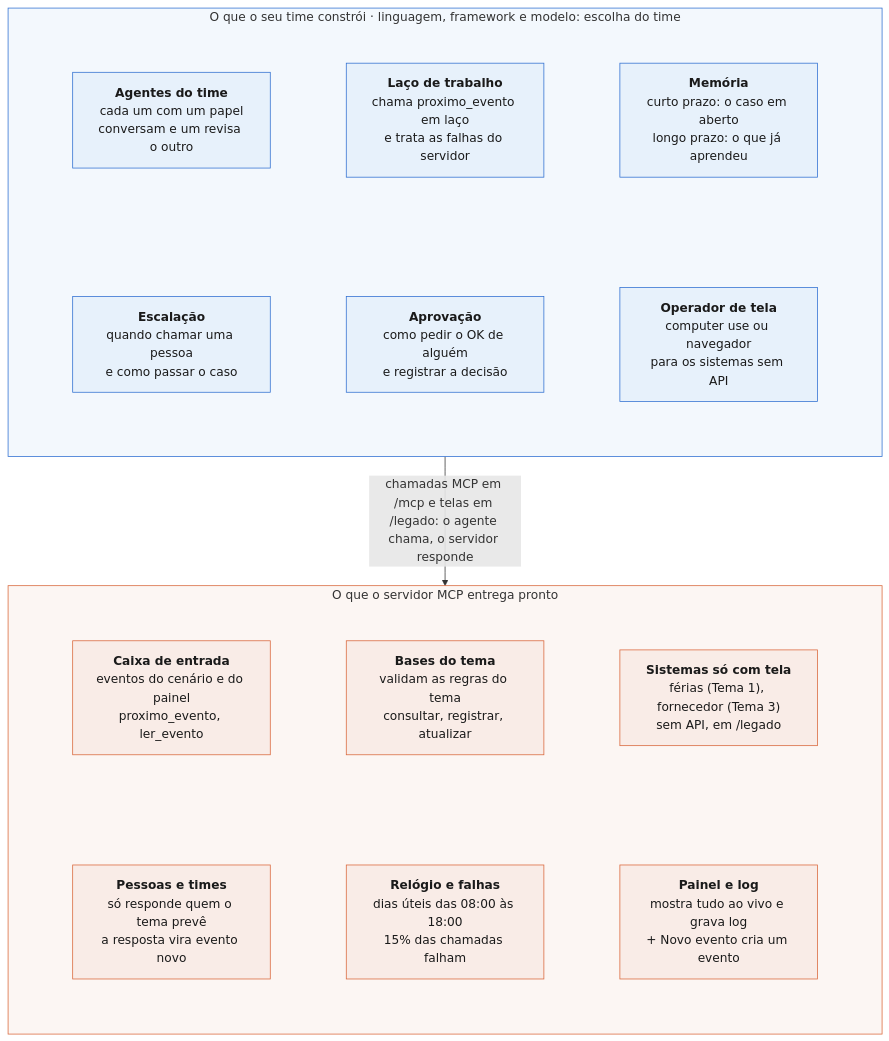
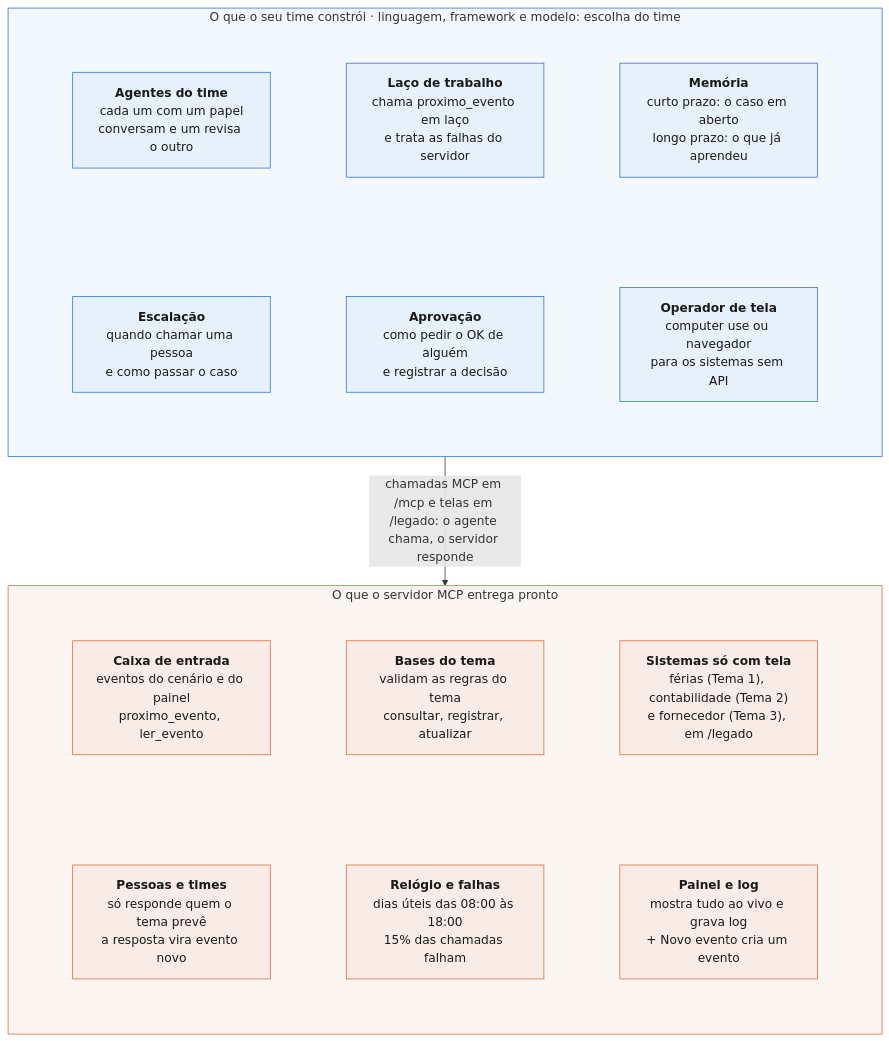
One commit to tech4humans-brasil/t4h-desafios changed the diagram in Hackathon - UNIFEI 2026/Servidor MCP (Compartilhado)/README.md. Above: the diagram before and after it, drawn with Mermaid. The commit also changed other lines of this file and 11 other files, not shown here.

````diff
--- a/Hackathon - UNIFEI 2026/Servidor MCP (Compartilhado)/README.md
+++ b/Hackathon - UNIFEI 2026/Servidor MCP (Compartilhado)/README.md
@@ -42,39 +42,39 @@
 ```mermaid
 flowchart TB
   subgraph TIME["O que o seu time constrói · linguagem, framework e modelo: escolha do time"]
     direction TB
     subgraph T1[" "]
       direction LR
       A1["<b>Agentes do time</b><br/>cada um com um papel<br/>conversam e um revisa o outro"] ~~~ A2["<b>Laço de trabalho</b><br/>chama proximo_evento em laço<br/>e trata as falhas do servidor"] ~~~ A3["<b>Memória</b><br/>curto prazo: o caso em aberto<br/>longo prazo: o que já aprendeu"]
     end
     subgraph T2[" "]
       direction LR
       A4["<b>Escalação</b><br/>quando chamar uma pessoa<br/>e como passar o caso"] ~~~ A5["<b>Aprovação</b><br/>como pedir o OK de alguém<br/>e registrar a decisão"] ~~~ A6["<b>Operador de tela</b><br/>computer use ou navegador<br/>para os sistemas sem API"]
     end
     T1 ~~~ T2
   end
 
   subgraph MUNDO["O que o servidor MCP entrega pronto"]
     direction TB
     subgraph M1L[" "]
       direction LR
-      M1["<b>Caixa de entrada</b><br/>eventos do cenário e do painel<br/>proximo_evento, ler_evento"] ~~~ M2["<b>Bases do tema</b><br/>validam as regras do tema<br/>consultar, registrar, atualizar"] ~~~ M3["<b>Sistemas só com tela</b><br/>férias (Tema 1), fornecedor (Tema 3)<br/>sem API, em /legado"]
+      M1["<b>Caixa de entrada</b><br/>eventos do cenário e do painel<br/>proximo_evento, ler_evento"] ~~~ M2["<b>Bases do tema</b><br/>validam as regras do tema<br/>consultar, registrar, atualizar"] ~~~ M3["<b>Sistemas só com tela</b><br/>férias (Tema 1), contabilidade (Tema 2)<br/>e fornecedor (Tema 3), em /legado"]
     end
     subgraph M2L[" "]
       direction LR
       M4["<b>Pessoas e times</b><br/>só responde quem o tema prevê<br/>a resposta vira evento novo"] ~~~ M5["<b>Relógio e falhas</b><br/>dias úteis das 08:00 às 18:00<br/>15% das chamadas falham"] ~~~ M6["<b>Painel e log</b><br/>mostra tudo ao vivo e grava log<br/>+ Novo evento cria um evento"]
     end
     M1L ~~~ M2L
   end
 
   TIME -- "chamadas MCP em /mcp e telas em /legado: o agente chama, o servidor responde" --> MUNDO
 
   classDef time fill:#e7f1fb,stroke:#2f6fd1,color:#1a1a1a
   classDef mundo fill:#f9ece7,stroke:#d9663a,color:#1a1a1a
   classDef linha fill:none,stroke:none
   class A1,A2,A3,A4,A5,A6 time
   class M1,M2,M3,M4,M5,M6 mundo
   class T1,T2,M1L,M2L linha
   style TIME fill:#f3f8fd,stroke:#2f6fd1
   style MUNDO fill:#fcf6f3,stroke:#d9663a
 ```
````
